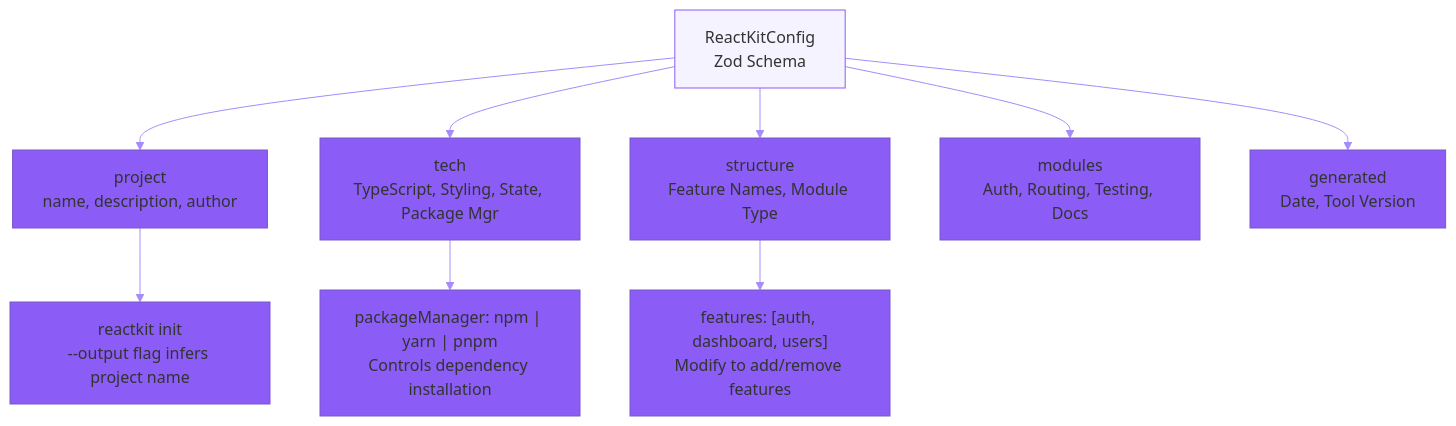
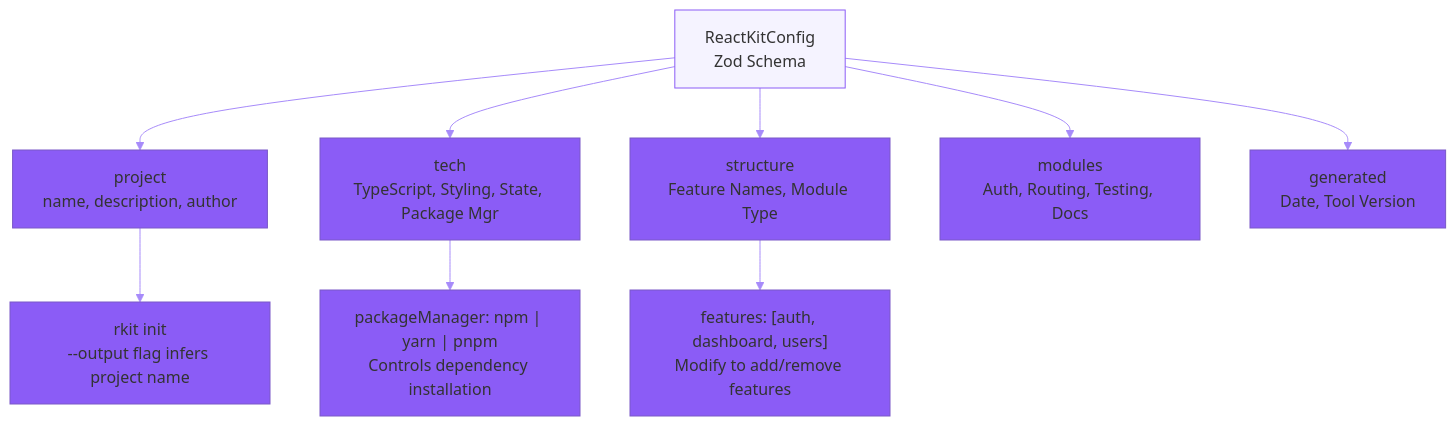
The fifth of 6 diagrams in README.md (Saksham21s/scaffkit), drawn with Mermaid before and after one commit. The commit also changed other lines of this file and 34 other files, not shown here.

````diff
--- a/README.md
+++ b/README.md
@@ -435,15 +435,15 @@
 ```mermaid
 %%{init: {'theme': 'base', 'themeVariables': { 'primaryColor': '#8b5cf6', 'secondaryColor': '#ec4899', 'lineColor': '#a78bfa'}}}%%
 graph TD
     Config["ReactKitConfig<br/>Zod Schema"] --> Project["project<br/>name, description, author"]
     Config --> Tech["tech<br/>TypeScript, Styling, State, Package Mgr"]
     Config --> Structure["structure<br/>Feature Names, Module Type"]
     Config --> Modules["modules<br/>Auth, Routing, Testing, Docs"]
     Config --> Generated["generated<br/>Date, Tool Version"]
     
-    Project --> Init["reactkit init<br/>--output flag infers project name"]
+    Project --> Init["rkit init<br/>--output flag infers project name"]
     Structure --> Features["features: [auth, dashboard, users]<br/>Modify to add/remove features"]
     Tech --> PM["packageManager: npm | yarn | pnpm<br/>Controls dependency installation"]
     
     style Config fill:#f5f3ff,stroke:#8b5cf6
 ```
````
